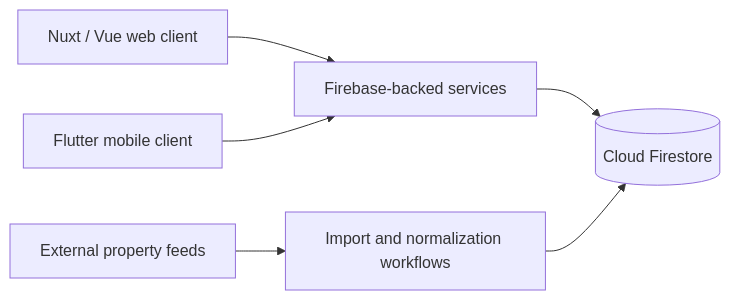
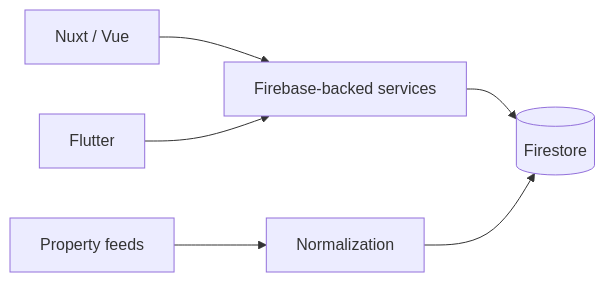
The diagram in projects/cbienla.md (matheovitali/matheovitali), drawn with Mermaid before and after one commit. The commit also changed other lines of this file, not shown here.

````diff
--- a/projects/cbienla.md
+++ b/projects/cbienla.md
@@ -38,8 +46,8 @@
 ```mermaid
 flowchart LR
-  Web[Nuxt / Vue web client] --> Services[Firebase-backed services]
-  Mobile[Flutter mobile client] --> Services
-  Services --> Store[(Cloud Firestore)]
-  Feed[External property feeds] --> Import[Import and normalization workflows]
-  Import --> Store
+  Web[Nuxt / Vue] --> Backend[Firebase-backed services]
+  Mobile[Flutter] --> Backend
+  Backend --> Data[(Firestore)]
+  Feeds[Property feeds] --> Import[Normalization]
+  Import --> Data
 ```
````
